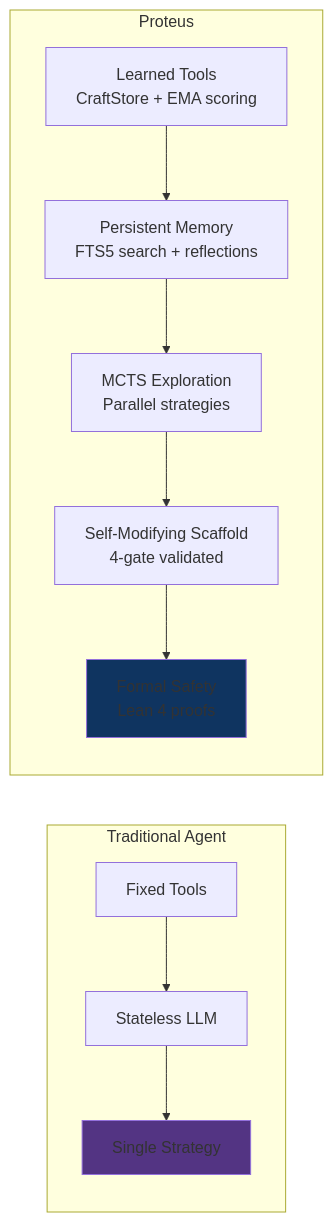
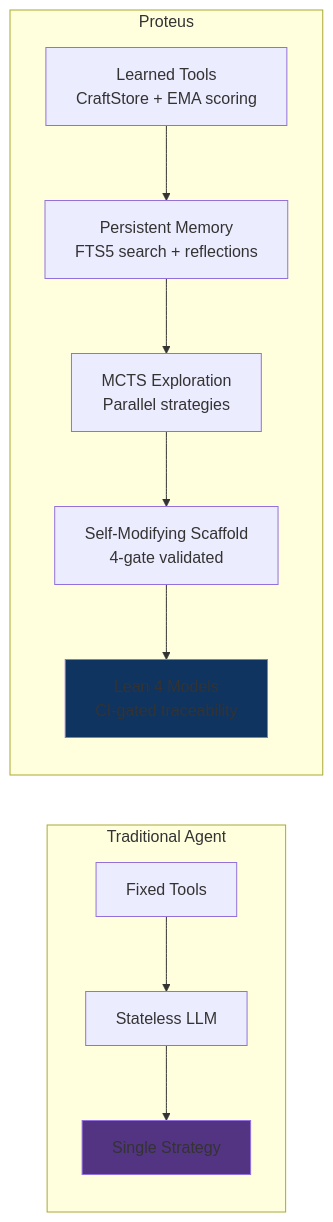
One commit to AshishKumar4/Proteus changed the first of 4 diagrams in docs/APPLICATIONS.md. Above: the diagram before and after it, drawn with Mermaid. The commit also changed other lines of this file and 30 other files, not shown here.

First line of the commit message:
Lean WP-F1: traceability gate, dead formal corpus deleted, honest docs

````diff
--- a/docs/APPLICATIONS.md
+++ b/docs/APPLICATIONS.md
@@ -13,17 +13,17 @@
 ```mermaid
 graph LR
     subgraph "Traditional Agent"
         A1[Fixed Tools] --> A2[Stateless LLM]
         A2 --> A3[Single Strategy]
     end
 
     subgraph "Proteus"
         B1[Learned Tools<br/>CraftStore + EMA scoring] --> B2[Persistent Memory<br/>FTS5 search + reflections]
         B2 --> B3[MCTS Exploration<br/>Parallel strategies]
         B3 --> B4[Self-Modifying Scaffold<br/>4-gate validated]
-        B4 --> B5[Formal Safety<br/>Lean 4 proofs]
+        B4 --> B5[Lean 4 Models<br/>CI-gated traceability]
     end
 
     style A3 fill:#533483
     style B5 fill:#0f3460
 ```
````
